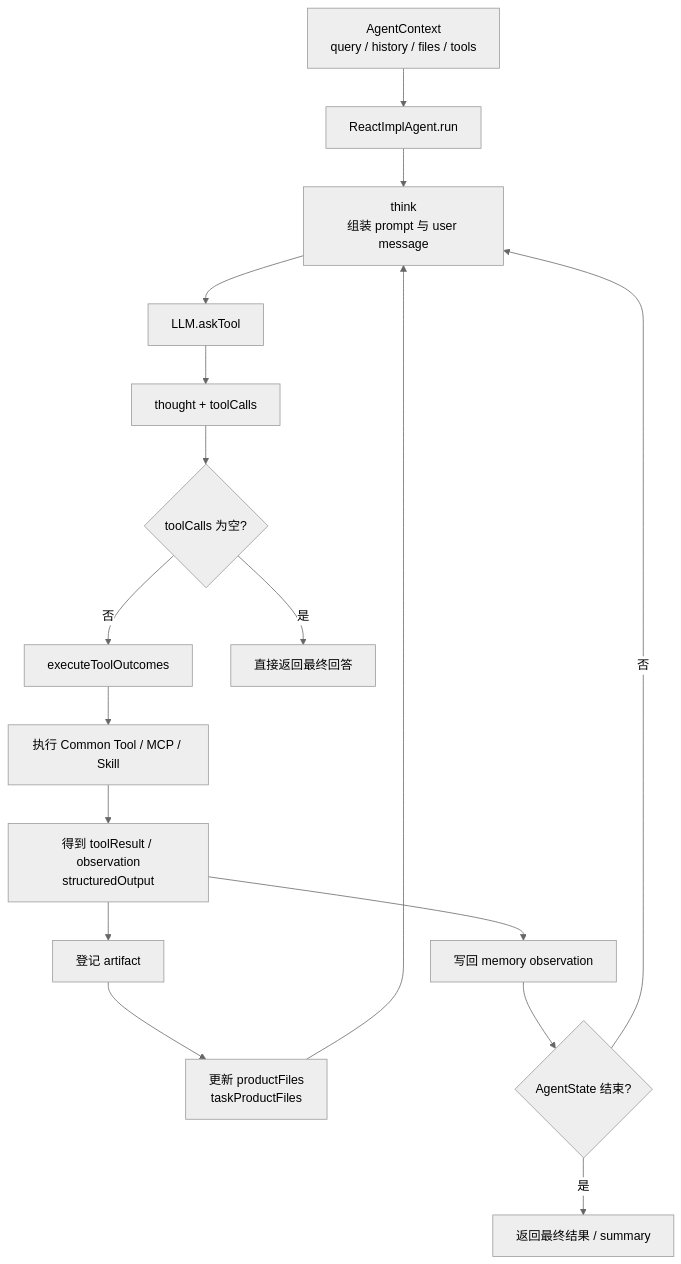
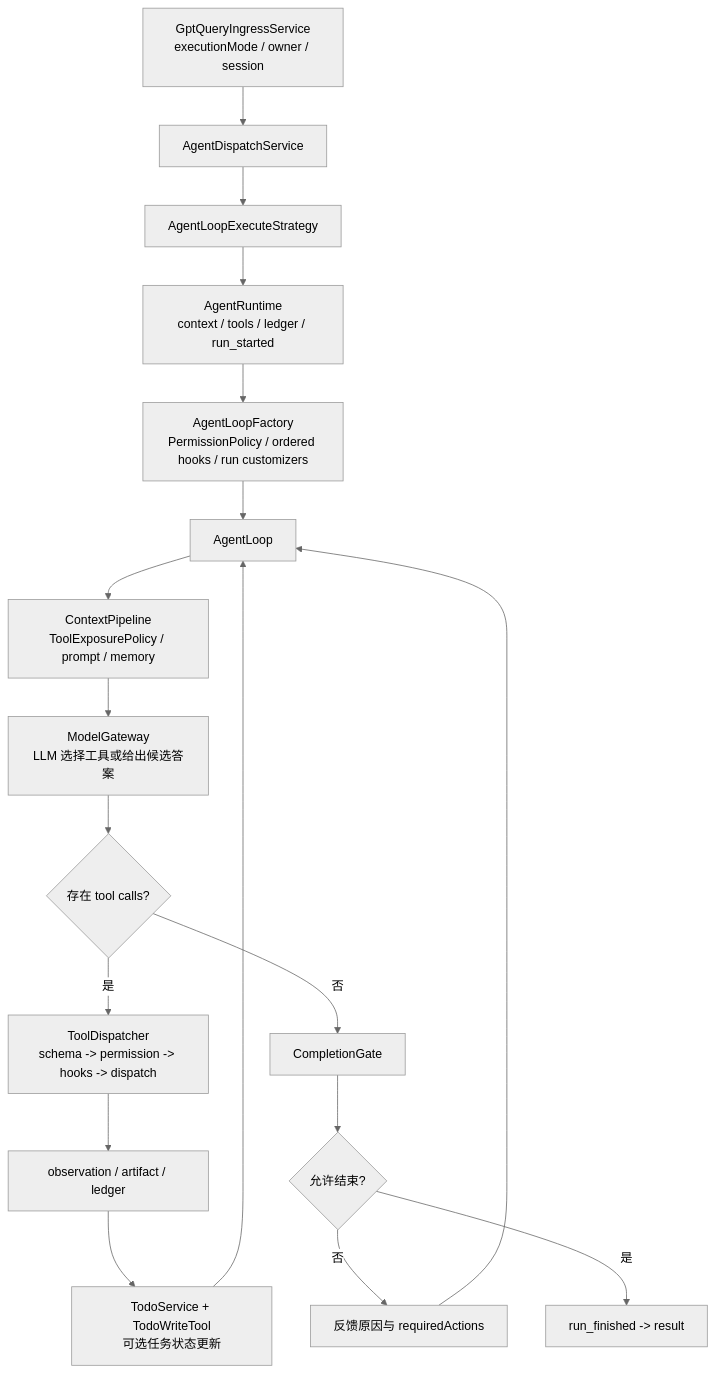
One commit to zhanglinrun/ai-group changed the second of 2 diagrams in ai-agent/README.md. Above: the diagram before and after it, drawn with Mermaid (neutral theme). The commit also changed other lines of this file and 2065 other files, not shown here.

````diff
--- a/ai-agent/README.md
+++ b/ai-agent/README.md
@@ -228,26 +292,25 @@
 ```mermaid
 flowchart TD
-A["AgentContext<br/>query / history / files / tools"]
-B["ReactImplAgent.run"]
-C["think<br/>组装 prompt 与 user message"]
-D["LLM.askTool"]
-E["thought + toolCalls"]
-F{"toolCalls 为空?"}
-G["executeToolOutcomes"]
-H["执行 Common Tool / MCP / Skill"]
-I["得到 toolResult / observation<br/>structuredOutput"]
-J["登记 artifact"]
-K["写回 memory observation"]
-L["更新 productFiles<br/>taskProductFiles"]
-M{"AgentState 结束?"}
-N["直接返回最终回答"]
-O["返回最终结果 / summary"]
+A["GptQueryIngressService<br/>executionMode / owner / session"]
+B["AgentDispatchService"]
+C["AgentLoopExecuteStrategy"]
+D["AgentRuntime<br/>context / tools / ledger / run_started"]
+P["AgentLoopFactory<br/>PermissionPolicy / ordered hooks / run customizers"]
+E["AgentLoop"]
+F["ContextPipeline<br/>ToolExposurePolicy / prompt / memory"]
+G["ModelGateway<br/>LLM 选择工具或给出候选答案"]
+H{"存在 tool calls?"}
+I["ToolDispatcher<br/>schema -> permission -> hooks -> dispatch"]
+J["observation / artifact / ledger"]
+K["TodoService + TodoWriteTool<br/>可选任务状态更新"]
+L["CompletionGate"]
+M{"允许结束?"}
+N["反馈原因与 requiredActions"]
+O["run_finished -> result"]
 
-A --> B --> C --> D --> E --> F
-F -->|否| G --> H --> I
-I --> J --> L --> C
-I --> K --> M
-M -->|否| C
-F -->|是| N
+A --> B --> C --> D --> P --> E --> F --> G --> H
+H -->|是| I --> J --> K --> E
+H -->|否| L --> M
+M -->|否| N --> E
 M -->|是| O
 ```
````
